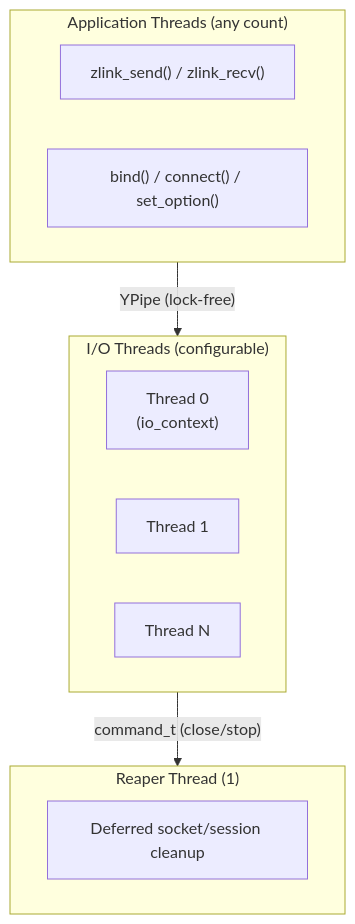
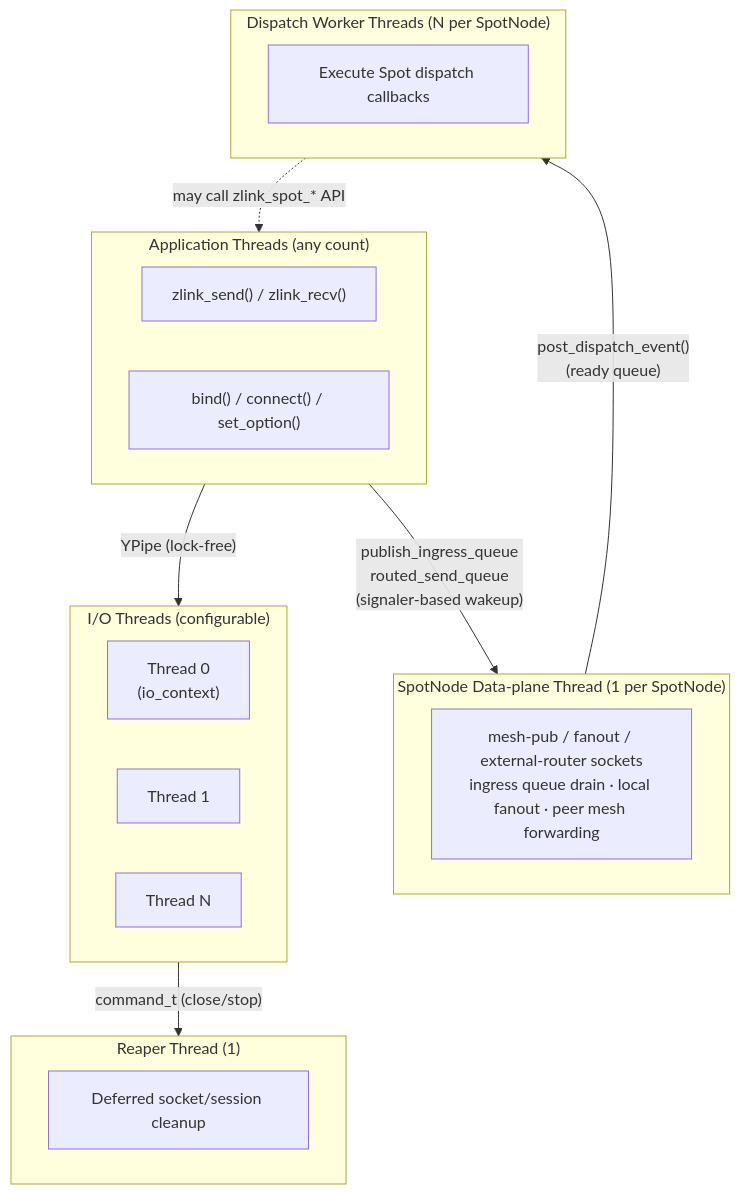
One commit to kairos-code-dev/zlink changed the first of 2 diagrams in doc/internals/threading-model.md. Above: the diagram before and after it, drawn with Mermaid. The commit also changed other lines of this file and 25 other files, not shown here.

Commit message:
Implement spot publish ingress data plane

````diff
--- a/doc/internals/threading-model.md
+++ b/doc/internals/threading-model.md
@@ -33,19 +35,28 @@
 ```mermaid
 flowchart TB
     subgraph APP["Application Threads (any count)"]
         direction LR
         A1["zlink_send() / zlink_recv()"]
         A2["bind() / connect() / set_option()"]
     end
     subgraph IO["I/O Threads (configurable)"]
         direction LR
         T0["Thread 0\n(io_context)"]
         T1["Thread 1"]
         TN["Thread N"]
     end
     subgraph REAPER["Reaper Thread (1)"]
         R1["Deferred socket/session cleanup"]
     end
+    subgraph SPOT_DATA["SpotNode Data-plane Thread (1 per SpotNode)"]
+        DP["mesh-pub / fanout / external-router sockets\ningress queue drain · local fanout · peer mesh forwarding"]
+    end
+    subgraph SPOT_WORKERS["Dispatch Worker Threads (N per SpotNode)"]
+        W1["Execute Spot dispatch callbacks"]
+    end
     APP -- "YPipe (lock-free)" --> IO
     IO -- "command_t (close/stop)" --> REAPER
+    APP -- "publish_ingress_queue\nrouted_send_queue\n(signaler-based wakeup)" --> SPOT_DATA
+    SPOT_DATA -- "post_dispatch_event()\n(ready queue)" --> SPOT_WORKERS
+    SPOT_WORKERS -. "may call zlink_spot_* API" .-> APP
 ```
````
